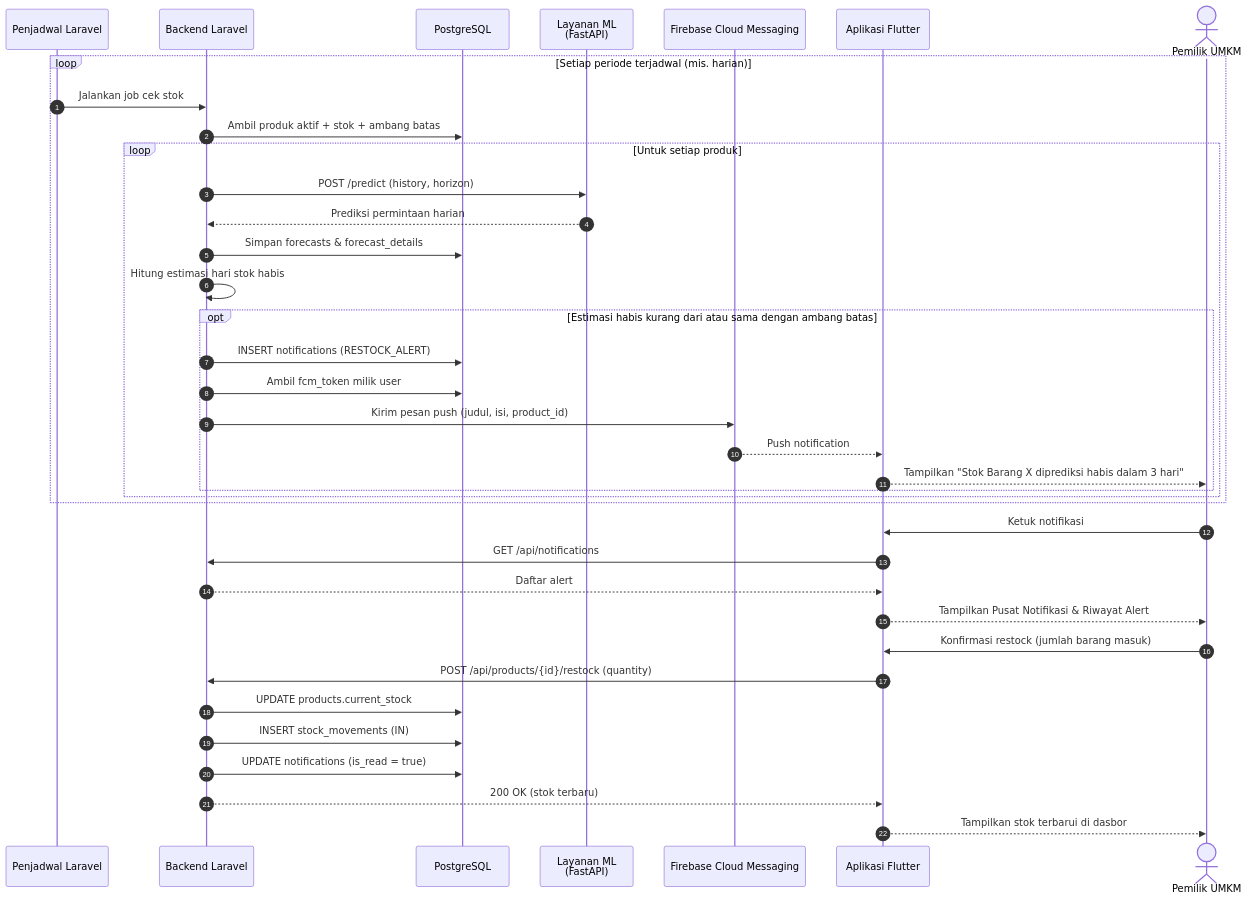
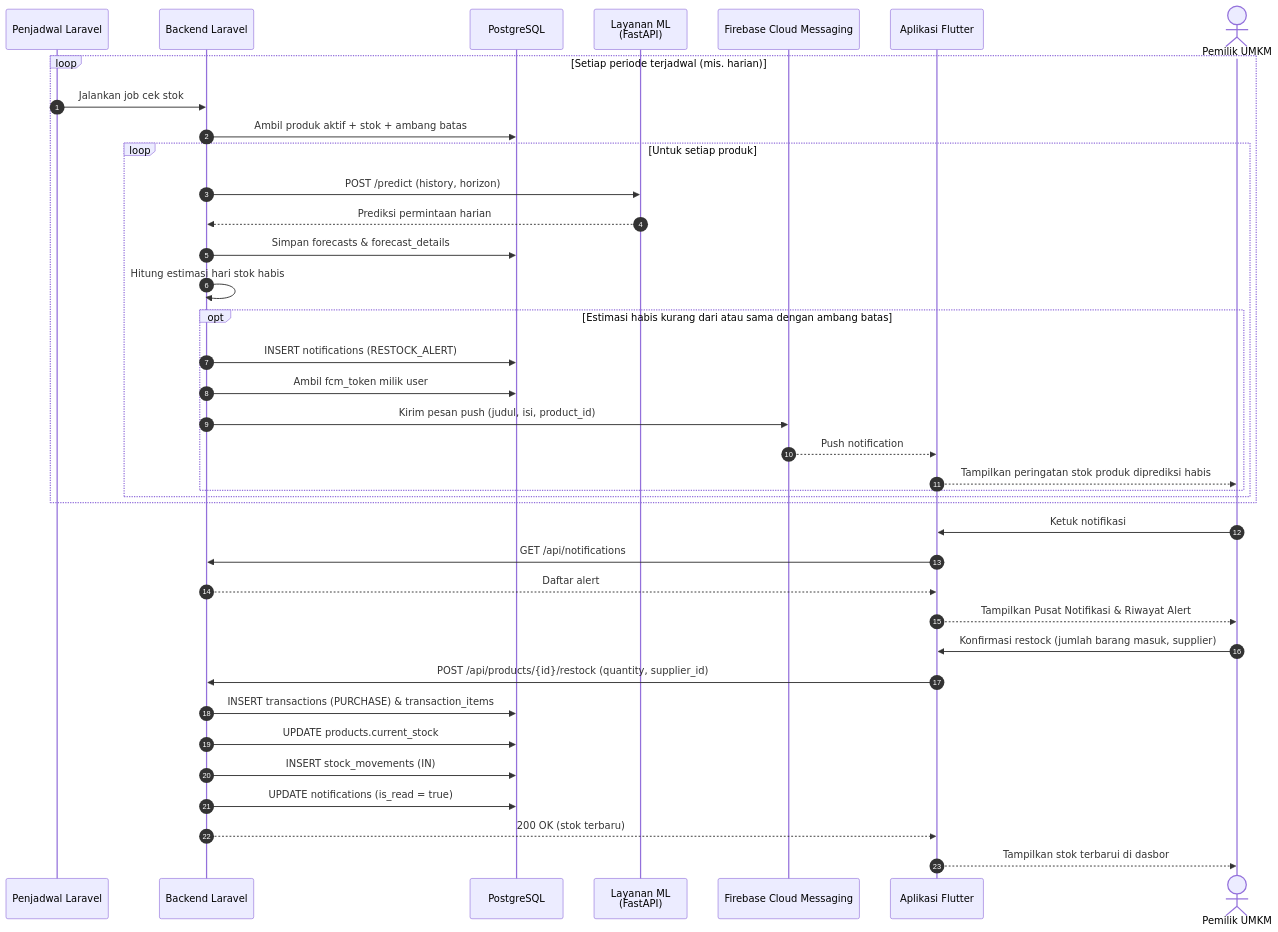
One commit to Olyvian/UMKM_SIGHT changed the sixth of 14 diagrams in README.md. Above: the diagram before and after it, drawn with Mermaid. The commit also changed other lines of this file, not shown here.

````diff
--- a/README.md
+++ b/README.md
@@ -325,41 +435,42 @@
 ```mermaid
 sequenceDiagram
     autonumber
     participant SCH as Penjadwal Laravel
     participant API as Backend Laravel
     participant DB as PostgreSQL
     participant ML as Layanan ML<br/>(FastAPI)
     participant FCM as Firebase Cloud Messaging
     participant APP as Aplikasi Flutter
     actor U as Pemilik UMKM
 
     loop Setiap periode terjadwal (mis. harian)
         SCH->>API: Jalankan job cek stok
         API->>DB: Ambil produk aktif + stok + ambang batas
         loop Untuk setiap produk
             API->>ML: POST /predict (history, horizon)
             ML-->>API: Prediksi permintaan harian
             API->>DB: Simpan forecasts & forecast_details
             API->>API: Hitung estimasi hari stok habis
             opt Estimasi habis kurang dari atau sama dengan ambang batas
                 API->>DB: INSERT notifications (RESTOCK_ALERT)
                 API->>DB: Ambil fcm_token milik user
                 API->>FCM: Kirim pesan push (judul, isi, product_id)
                 FCM-->>APP: Push notification
-                APP-->>U: Tampilkan "Stok Barang X diprediksi habis dalam 3 hari"
+                APP-->>U: Tampilkan peringatan stok produk diprediksi habis
             end
         end
     end
 
     U->>APP: Ketuk notifikasi
     APP->>API: GET /api/notifications
     API-->>APP: Daftar alert
     APP-->>U: Tampilkan Pusat Notifikasi & Riwayat Alert
-    U->>APP: Konfirmasi restock (jumlah barang masuk)
-    APP->>API: POST /api/products/{id}/restock (quantity)
+    U->>APP: Konfirmasi restock (jumlah barang masuk, supplier)
+    APP->>API: POST /api/products/{id}/restock (quantity, supplier_id)
+    API->>DB: INSERT transactions (PURCHASE) & transaction_items
     API->>DB: UPDATE products.current_stock
     API->>DB: INSERT stock_movements (IN)
     API->>DB: UPDATE notifications (is_read = true)
     API-->>APP: 200 OK (stok terbaru)
     APP-->>U: Tampilkan stok terbarui di dasbor
 ```
````
